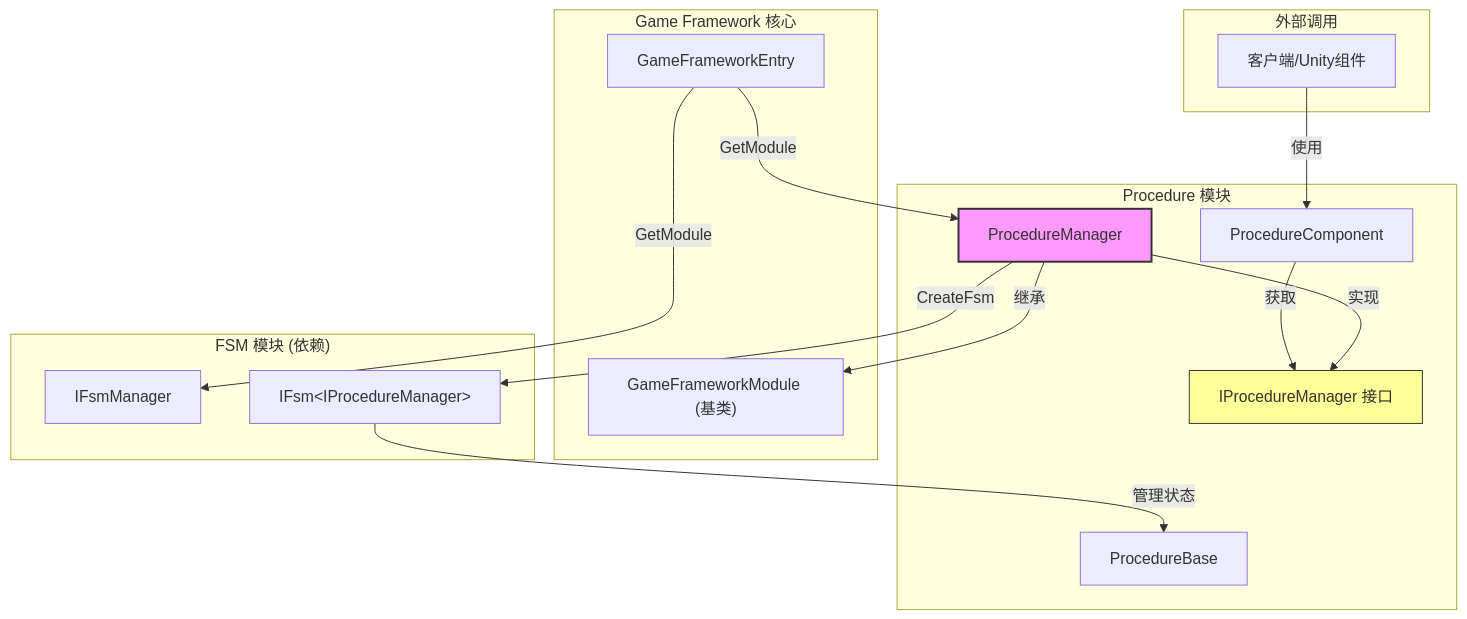
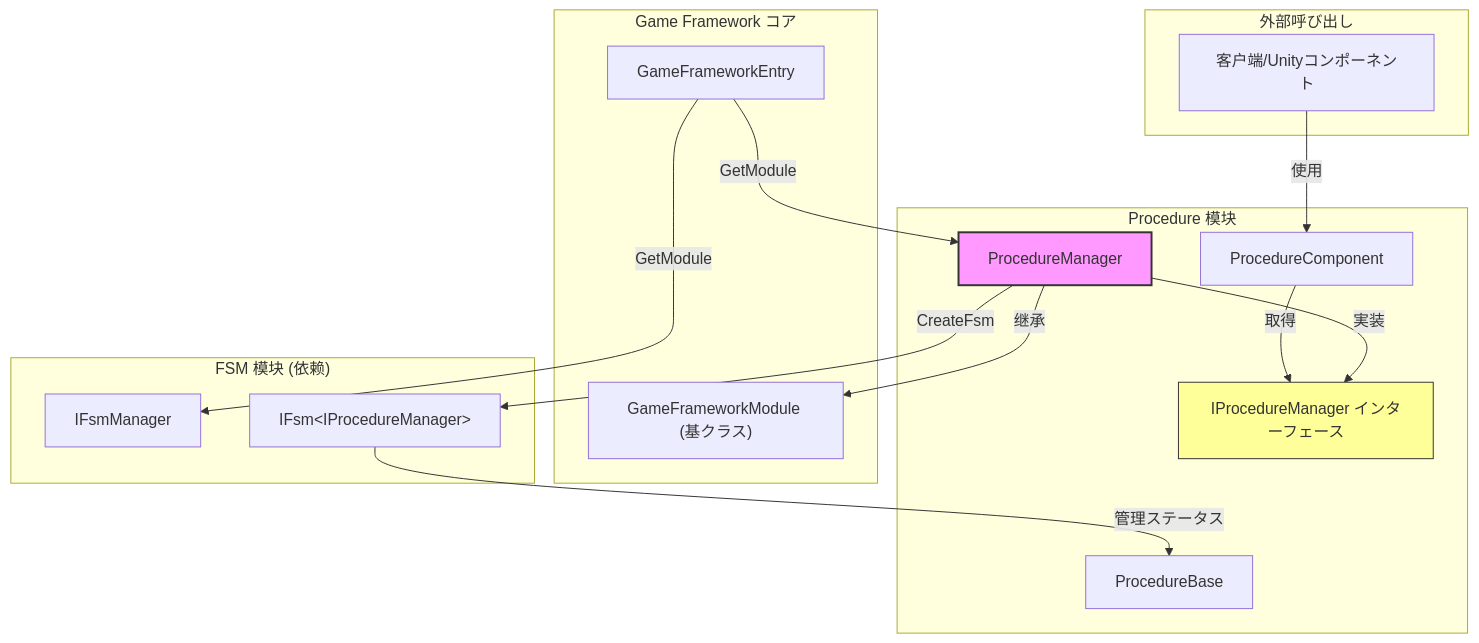
The first of 2 diagrams in docs/ja/client/unity/component/procedure/07.procedure-manager.md (AlianBlank/GameFrameX.Docs), drawn with Mermaid before and after one commit. The commit also changed other lines of this file and 603 other files, not shown here.

````diff
--- a/docs/ja/client/unity/component/procedure/07.procedure-manager.md
+++ b/docs/ja/client/unity/component/procedure/07.procedure-manager.md
@@ -16,35 +16,35 @@
 ```mermaid
 graph TD
-    subgraph External["外部调用"]
-        Client[客户端/Unity组件]
+    subgraph External["外部呼び出し"]
+        Client[客户端/Unityコンポーネント]
     end
     
-    subgraph GameFramework["Game Framework 核心"]
+    subgraph GameFramework["Game Framework コア"]
         GFE["GameFrameworkEntry"]
-        GFM["GameFrameworkModule (基类)"]
+        GFM["GameFrameworkModule (基クラス)"]
     end
     
     subgraph ProcedureModule["Procedure 模块"]
         PC["ProcedureComponent"]
         PM["ProcedureManager"]
-        IPM["IProcedureManager 接口"]
+        IPM["IProcedureManager インターフェース"]
         PB["ProcedureBase"]
     end
     
     subgraph FsmModule["FSM 模块 (依赖)"]
         FSM["IFsmManager"]
         FSMInst["IFsm&lt;IProcedureManager&gt;"]
     end
     
     Client -->|使用| PC
-    PC -->|获取| IPM
-    PM -->|实现| IPM
+    PC -->|取得| IPM
+    PM -->|実装| IPM
     PM -->|继承| GFM
     PM -->|CreateFsm| FSMInst
-    FSMInst -->|管理状态| PB
+    FSMInst -->|管理ステータス| PB
     GFE -->|GetModule| PM
     GFE -->|GetModule| FSM
     
     style PM fill:#f9f,stroke:#333,stroke-width:2px
     style IPM fill:#ff9,stroke:#333,stroke-width:1px
 ```
````
